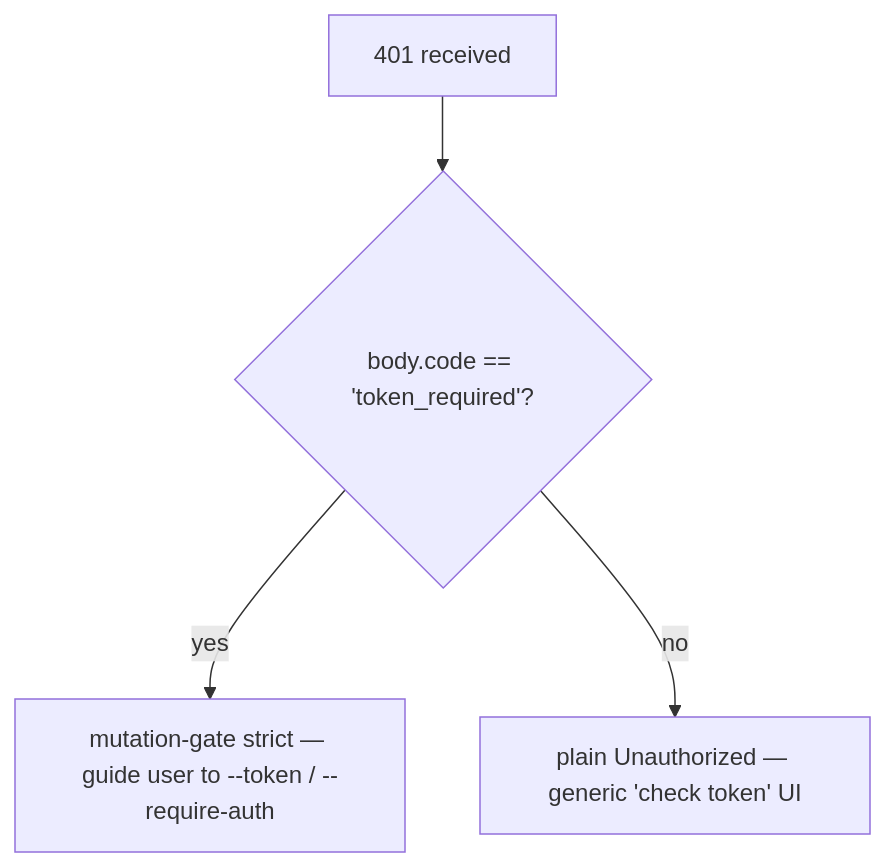
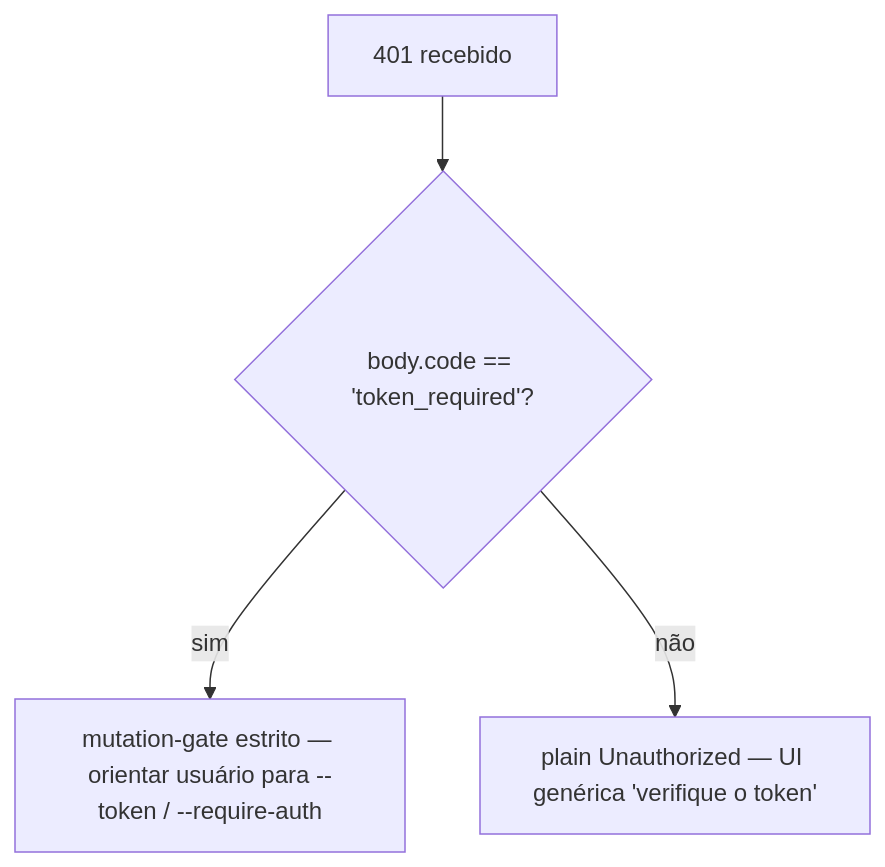
One commit to QwenLM/qwen-code-docs changed the second of 2 diagrams in website/content/pt-BR/developers/daemon/18-error-taxonomy.md. Above: the diagram before and after it, drawn with Mermaid. The commit also changed other lines of this file and 1077 other files, not shown here.

````diff
--- a/website/content/pt-BR/developers/daemon/18-error-taxonomy.md
+++ b/website/content/pt-BR/developers/daemon/18-error-taxonomy.md
@@ -133,6 +135,6 @@
 ```mermaid
 flowchart TD
-    A["401 received"] --> B{"body.code == 'token_required'?"}
-    B -->|yes| C["mutation-gate strict — guide user to --token / --require-auth"]
-    B -->|no| D["plain Unauthorized — generic 'check token' UI"]
+    A["401 recebido"] --> B{"body.code == 'token_required'?"}
+    B -->|sim| C["mutation-gate estrito — orientar usuário para --token / --require-auth"]
+    B -->|não| D["plain Unauthorized — UI genérica 'verifique o token'"]
 ```
````
